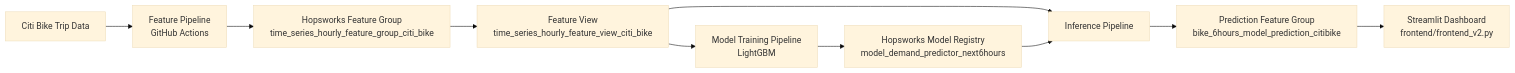
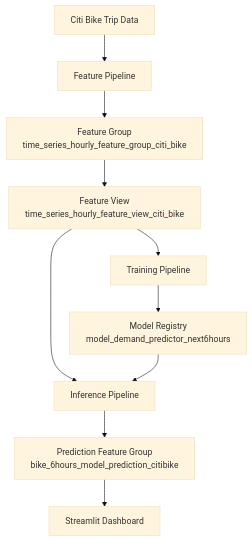
One commit to ramprakashyallavula/citibikeprediction-prod changed the diagram in README.md. Above: the diagram before and after it, drawn with Mermaid (base theme).

Commit message:
Simplify README architecture diagram for readability

````diff
--- a/README.md
+++ b/README.md
@@ -13,14 +13,22 @@
 ```mermaid
-flowchart LR
-    A["Citi Bike Trip Data"] --> B["Feature Pipeline<br/>GitHub Actions"]
-    B --> C["Hopsworks Feature Group<br/>time_series_hourly_feature_group_citi_bike"]
-    C --> D["Feature View<br/>time_series_hourly_feature_view_citi_bike"]
+flowchart TD
+    A["Citi Bike Trip Data"]
 
-    D --> E["Model Training Pipeline<br/>LightGBM"]
-    E --> F["Hopsworks Model Registry<br/>model_demand_predictor_next6hours"]
+    B["Feature Pipeline"]
+    C["Feature Group<br/>time_series_hourly_feature_group_citi_bike"]
+    D["Feature View<br/>time_series_hourly_feature_view_citi_bike"]
 
-    D --> G["Inference Pipeline"]
+    E["Training Pipeline"]
+    F["Model Registry<br/>model_demand_predictor_next6hours"]
+
+    G["Inference Pipeline"]
+    H["Prediction Feature Group<br/>bike_6hours_model_prediction_citibike"]
+
+    I["Streamlit Dashboard"]
+
+    A --> B --> C --> D
+    D --> E --> F
+    D --> G
     F --> G
-    G --> H["Prediction Feature Group<br/>bike_6hours_model_prediction_citibike"]
-    H --> I["Streamlit Dashboard<br/>frontend/frontend_v2.py"]
+    G --> H --> I
 ```
````
